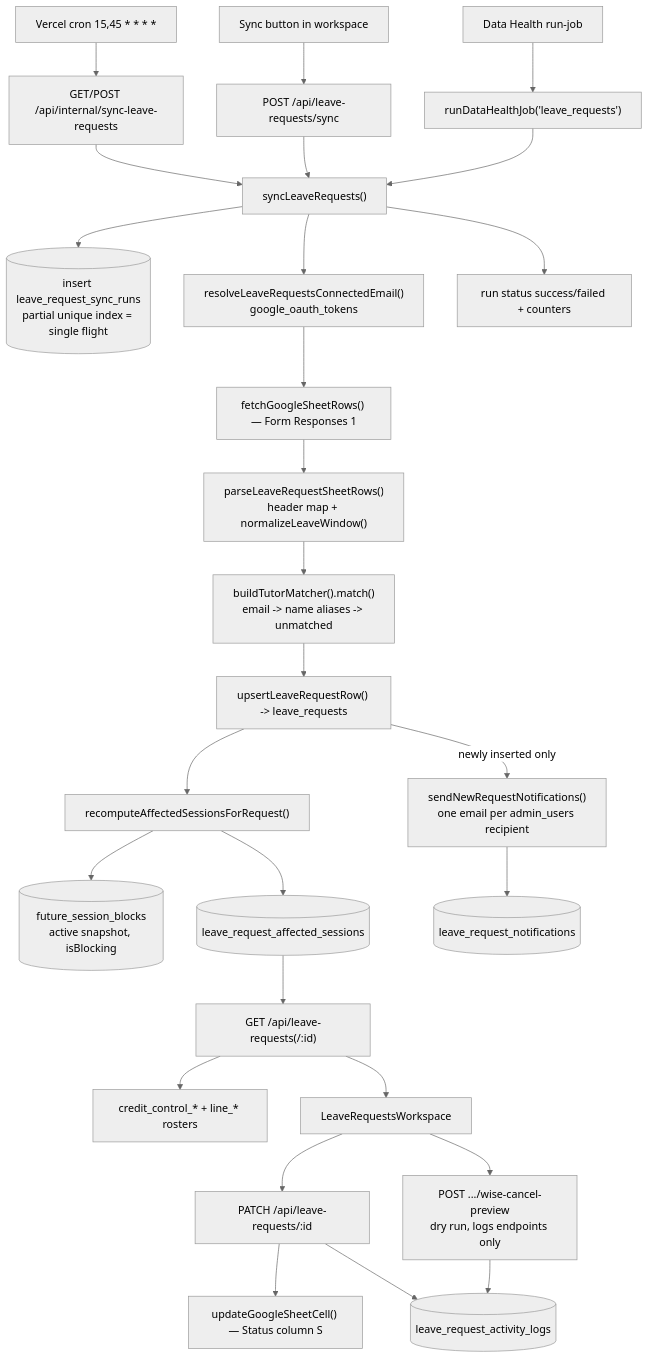
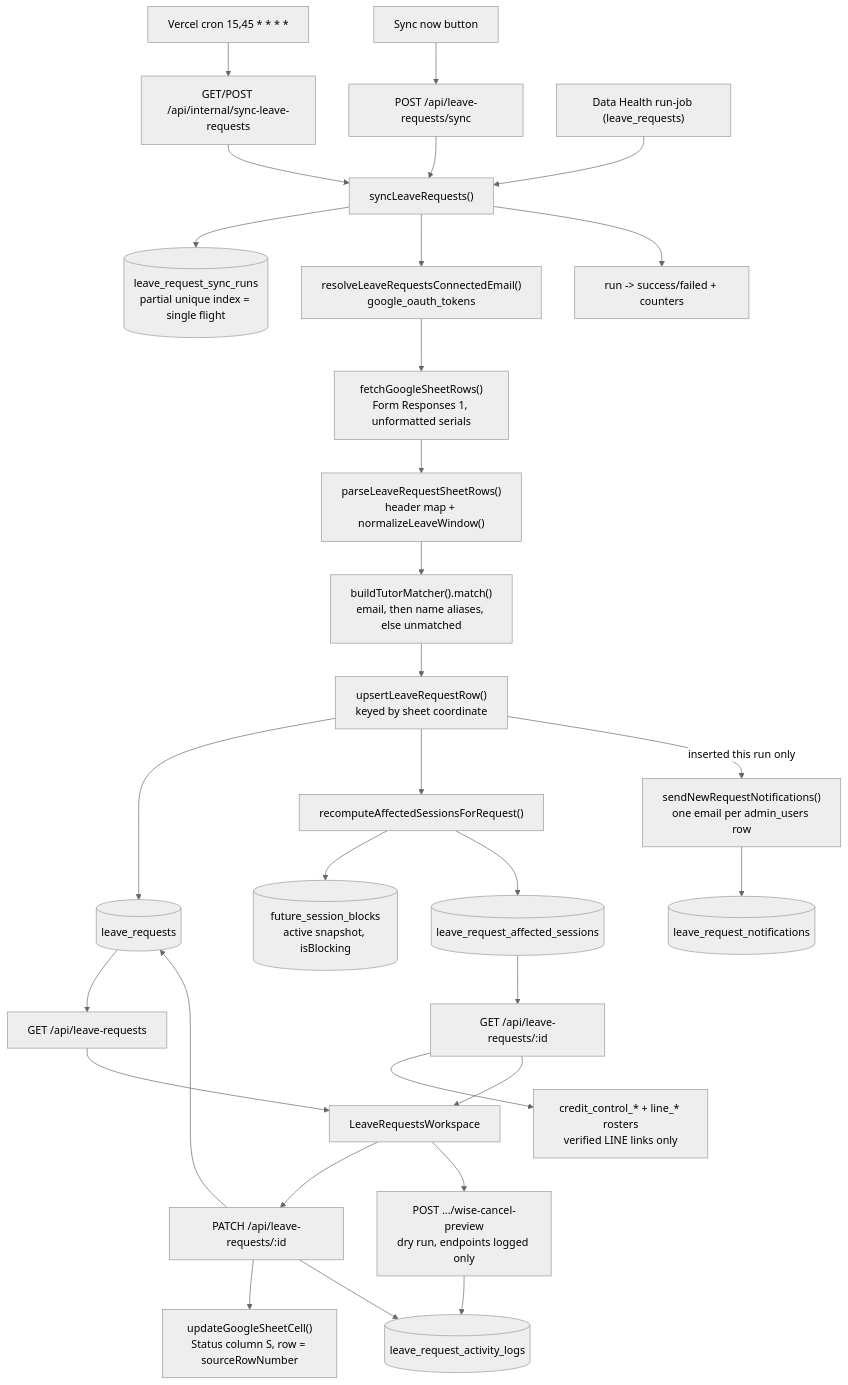
The diagram in docs/features/leave-requests.md (kasheesh711/bgscheduler), drawn with Mermaid (neutral theme) before and after one commit. The commit also changed other lines of this file and 95 other files, not shown here.

````diff
--- a/docs/features/leave-requests.md
+++ b/docs/features/leave-requests.md
@@ -62,31 +62,34 @@
 ```mermaid
 flowchart TD
   Cron["Vercel cron 15,45 * * * *"] --> CronRoute["GET/POST /api/internal/sync-leave-requests"]
-  AdminBtn["Sync button in workspace"] --> ManualRoute["POST /api/leave-requests/sync"]
-  DataHealth["Data Health run-job"] --> RunJob["runDataHealthJob('leave_requests')"]
+  AdminBtn["Sync now button"] --> ManualRoute["POST /api/leave-requests/sync"]
+  DataHealth["Data Health run-job (leave_requests)"] --> Sync
   CronRoute --> Sync["syncLeaveRequests()"]
   ManualRoute --> Sync
-  RunJob --> Sync
 
-  Sync --> Run[("insert leave_request_sync_runs<br/>partial unique index = single flight")]
+  Sync --> Run[("leave_request_sync_runs<br/>partial unique index = single flight")]
   Sync --> Token["resolveLeaveRequestsConnectedEmail()<br/>google_oauth_tokens"]
-  Token --> Fetch["fetchGoogleSheetRows() — Form Responses 1"]
+  Token --> Fetch["fetchGoogleSheetRows()<br/>Form Responses 1, unformatted serials"]
   Fetch --> Parse["parseLeaveRequestSheetRows()<br/>header map + normalizeLeaveWindow()"]
-  Parse --> Match["buildTutorMatcher().match()<br/>email -> name aliases -> unmatched"]
-  Match --> Upsert["upsertLeaveRequestRow() -> leave_requests"]
+  Parse --> Match["buildTutorMatcher().match()<br/>email, then name aliases, else unmatched"]
+  Match --> Upsert["upsertLeaveRequestRow()<br/>keyed by sheet coordinate"]
+  Upsert --> Requests[("leave_requests")]
   Upsert --> Recompute["recomputeAffectedSessionsForRequest()"]
   Recompute --> FSB[("future_session_blocks<br/>active snapshot, isBlocking")]
   Recompute --> Affected[("leave_request_affected_sessions")]
-  Upsert -->|newly inserted only| Notify["sendNewRequestNotifications()<br/>one email per admin_users recipient"]
+  Upsert -->|inserted this run only| Notify["sendNewRequestNotifications()<br/>one email per admin_users row"]
   Notify --> Notifs[("leave_request_notifications")]
-  Sync --> Finish["run status success/failed + counters"]
+  Sync --> Finish["run -> success/failed + counters"]
 
-  Affected --> Api["GET /api/leave-requests(/:id)"]
-  Api --> Roster["credit_control_* + line_* rosters"]
-  Api --> UI["LeaveRequestsWorkspace"]
+  Requests --> ListApi["GET /api/leave-requests"]
+  Affected --> DetailApi["GET /api/leave-requests/:id"]
+  DetailApi --> Roster["credit_control_* + line_* rosters<br/>verified LINE links only"]
+  ListApi --> UI["LeaveRequestsWorkspace"]
+  DetailApi --> UI
   UI --> Patch["PATCH /api/leave-requests/:id"]
-  Patch --> SheetWrite["updateGoogleSheetCell() — Status column S"]
+  Patch --> Requests
+  Patch --> SheetWrite["updateGoogleSheetCell()<br/>Status column S, row = sourceRowNumber"]
   Patch --> Logs[("leave_request_activity_logs")]
-  UI --> Preview["POST .../wise-cancel-preview<br/>dry run, logs endpoints only"]
+  UI --> Preview["POST .../wise-cancel-preview<br/>dry run, endpoints logged only"]
   Preview --> Logs
 ```
````
